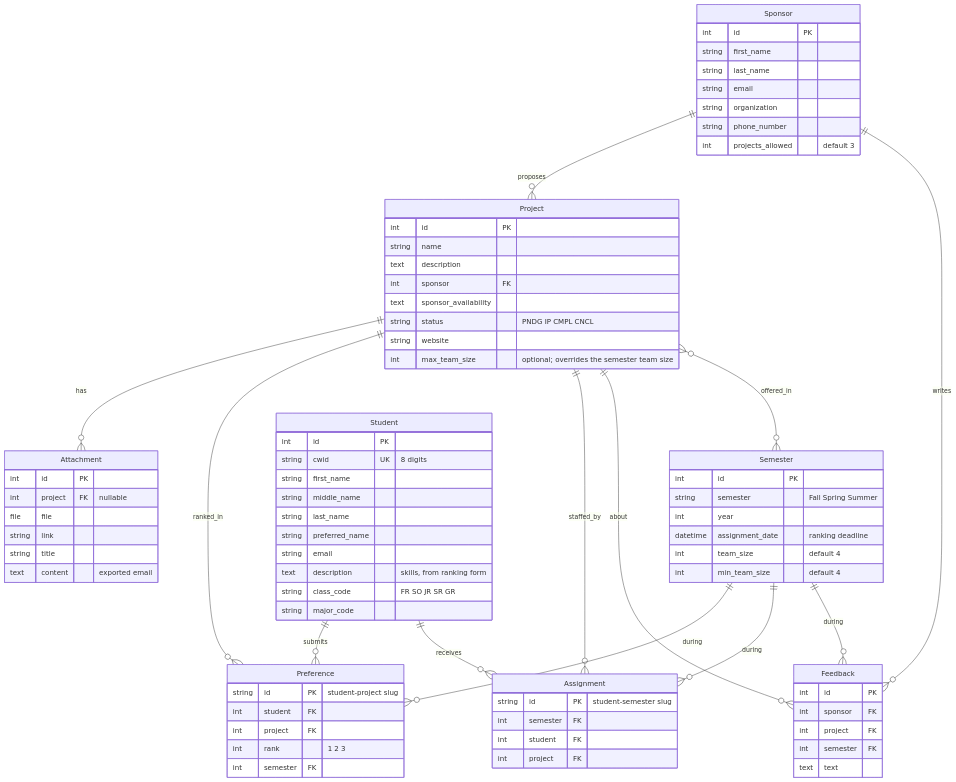
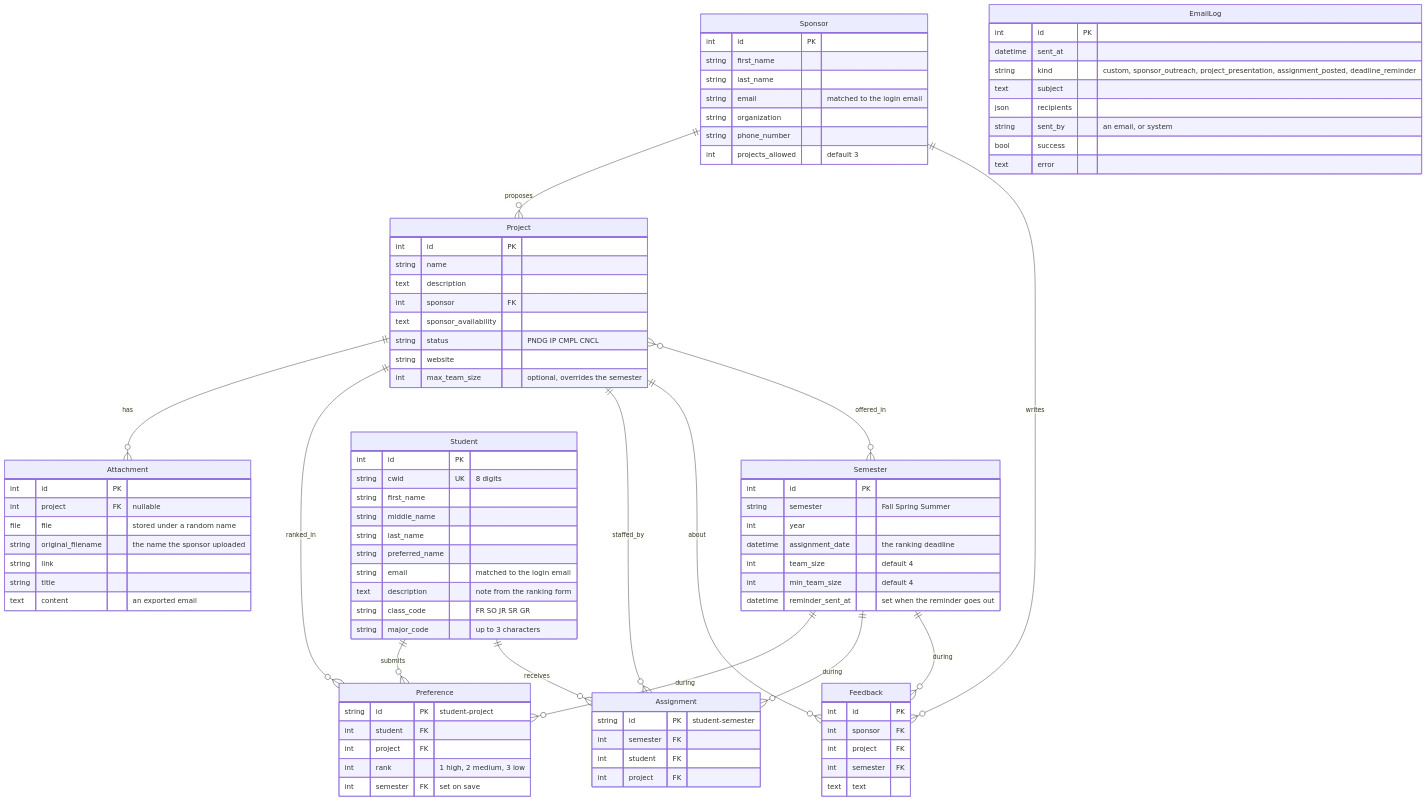
One commit to monicadelaine/capstone-design changed the diagram in docs/development-guide/data-model.md. Above: the diagram before and after it, drawn with Mermaid. The commit also changed other lines of this file and 29 other files, not shown here.

````diff
--- a/docs/development-guide/data-model.md
+++ b/docs/development-guide/data-model.md
@@ -25,7 +25,7 @@
         int id PK
         string first_name
         string last_name
-        string email
+        string email "matched to the login email"
         string organization
         string phone_number
         int projects_allowed "default 3"
@@ -37,10 +37,10 @@
         string middle_name
         string last_name
         string preferred_name
-        string email
-        text description "skills, from ranking form"
+        string email "matched to the login email"
+        text description "note from the ranking form"
         string class_code "FR SO JR SR GR"
-        string major_code
+        string major_code "up to 3 characters"
     }
     Project {
         int id PK
@@ -50,25 +50,26 @@
         text sponsor_availability
         string status "PNDG IP CMPL CNCL"
         string website
-        int max_team_size "optional; overrides the semester team size"
+        int max_team_size "optional, overrides the semester"
     }
     Semester {
         int id PK
         string semester "Fall Spring Summer"
         int year
-        datetime assignment_date "ranking deadline"
+        datetime assignment_date "the ranking deadline"
         int team_size "default 4"
         int min_team_size "default 4"
+        datetime reminder_sent_at "set when the reminder goes out"
     }
     Preference {
-        string id PK "student-project slug"
+        string id PK "student-project"
         int student FK
         int project FK
-        int rank "1 2 3"
-        int semester FK
+        int rank "1 high, 2 medium, 3 low"
+        int semester FK "set on save"
     }
     Assignment {
-        string id PK "student-semester slug"
+        string id PK "student-semester"
         int semester FK
         int student FK
         int project FK
@@ -76,10 +77,11 @@
     Attachment {
         int id PK
         int project FK "nullable"
-        file file
+        file file "stored under a random name"
+        string original_filename "the name the sponsor uploaded"
         string link
         string title
-        text content "exported email"
+        text content "an exported email"
     }
     Feedback {
         int id PK
@@ -88,4 +90,14 @@
         int semester FK
         text text
     }
+    EmailLog {
+        int id PK
+        datetime sent_at
+        string kind "custom, sponsor_outreach, project_presentation, assignment_posted, deadline_reminder"
+        text subject
+        json recipients
+        string sent_by "an email, or system"
+        bool success
+        text error
+    }
 ```
````
